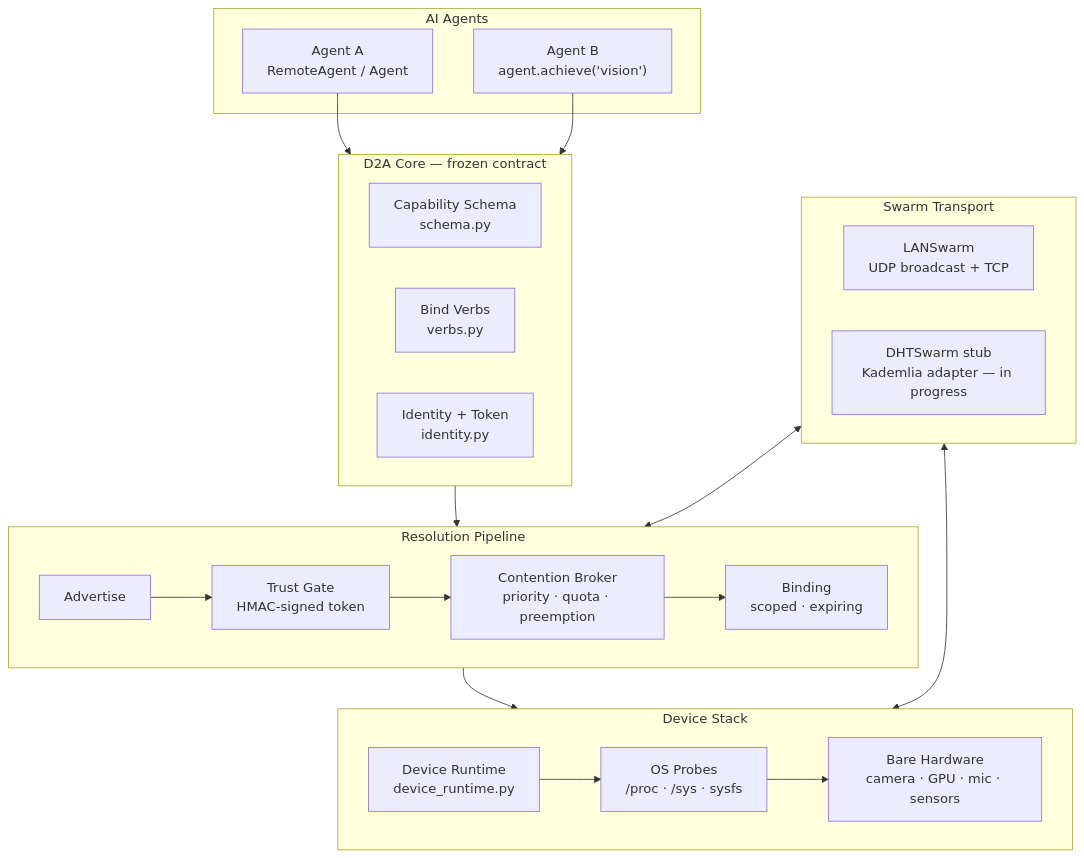
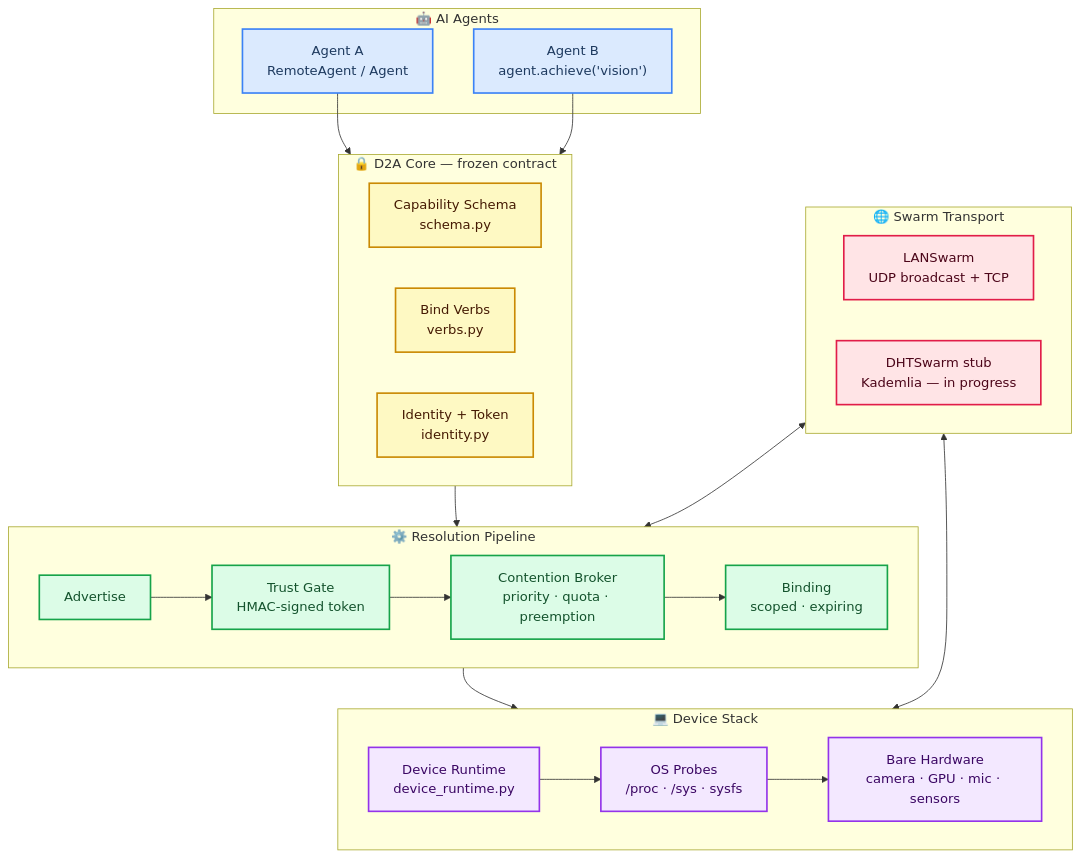
The first of 5 diagrams in README.md (student-kshitish/device-to-agent), drawn with Mermaid before and after one commit.

Commit message:
Add comprehensive README with full system architecture

````diff
--- a/README.md
+++ b/README.md
@@ -24,39 +24,51 @@
 ```mermaid
 flowchart TB
-    subgraph Agents["AI Agents"]
+    subgraph Agents["🤖  AI Agents"]
         A1["Agent A\nRemoteAgent / Agent"]
         A2["Agent B\nagent.achieve('vision')"]
     end
 
-    subgraph Core["D2A Core — frozen contract"]
+    subgraph Core["🔒  D2A Core — frozen contract"]
         SC["Capability Schema\nschema.py"]
         VB["Bind Verbs\nverbs.py"]
         ID["Identity + Token\nidentity.py"]
     end
 
-    subgraph Pipeline["Resolution Pipeline"]
+    subgraph Pipeline["⚙️  Resolution Pipeline"]
         AD["Advertise"]
         TG["Trust Gate\nHMAC-signed token"]
         BR["Contention Broker\npriority · quota · preemption"]
         BI["Binding\nscoped · expiring"]
         AD --> TG --> BR --> BI
     end
 
-    subgraph DevStack["Device Stack"]
+    subgraph DevStack["💻  Device Stack"]
         DR["Device Runtime\ndevice_runtime.py"]
         PB["OS Probes\n/proc · /sys · sysfs"]
         HW["Bare Hardware\ncamera · GPU · mic · sensors"]
         DR --> PB --> HW
     end
 
-    subgraph Transport["Swarm Transport"]
+    subgraph Transport["🌐  Swarm Transport"]
         LS["LANSwarm\nUDP broadcast + TCP"]
-        DS["DHTSwarm stub\nKademlia adapter — in progress"]
+        DS["DHTSwarm stub\nKademlia — in progress"]
     end
 
     A1 & A2 --> Core
     Core --> Pipeline
     Pipeline --> DevStack
     Transport <--> Pipeline
     Transport <--> DevStack
+
+    classDef agentNode  fill:#dbeafe,stroke:#3b82f6,stroke-width:2px,color:#1e3a5f
+    classDef coreNode   fill:#fef9c3,stroke:#ca8a04,stroke-width:2px,color:#451a03
+    classDef pipeNode   fill:#dcfce7,stroke:#16a34a,stroke-width:2px,color:#14532d
+    classDef devNode    fill:#f3e8ff,stroke:#9333ea,stroke-width:2px,color:#3b0764
+    classDef transNode  fill:#ffe4e6,stroke:#e11d48,stroke-width:2px,color:#4c0519
+
+    class A1,A2 agentNode
+    class SC,VB,ID coreNode
+    class AD,TG,BR,BI pipeNode
+    class DR,PB,HW devNode
+    class LS,DS transNode
 ```
````
